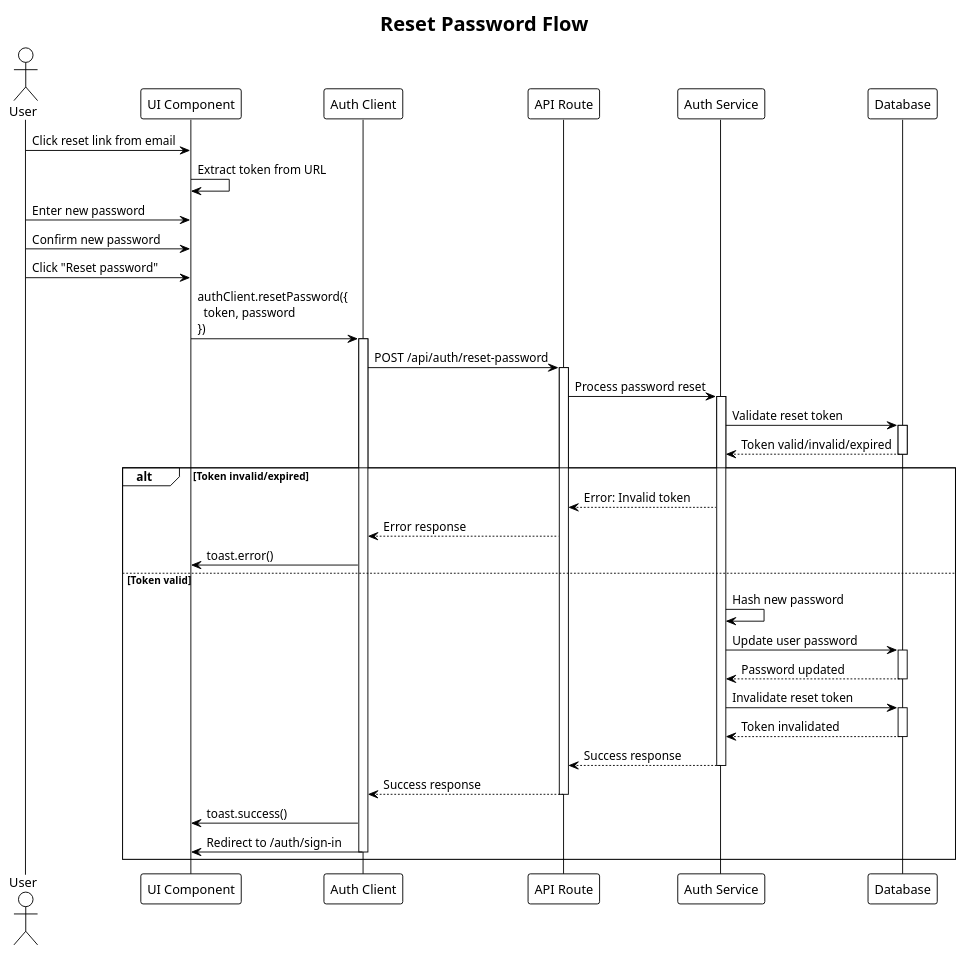
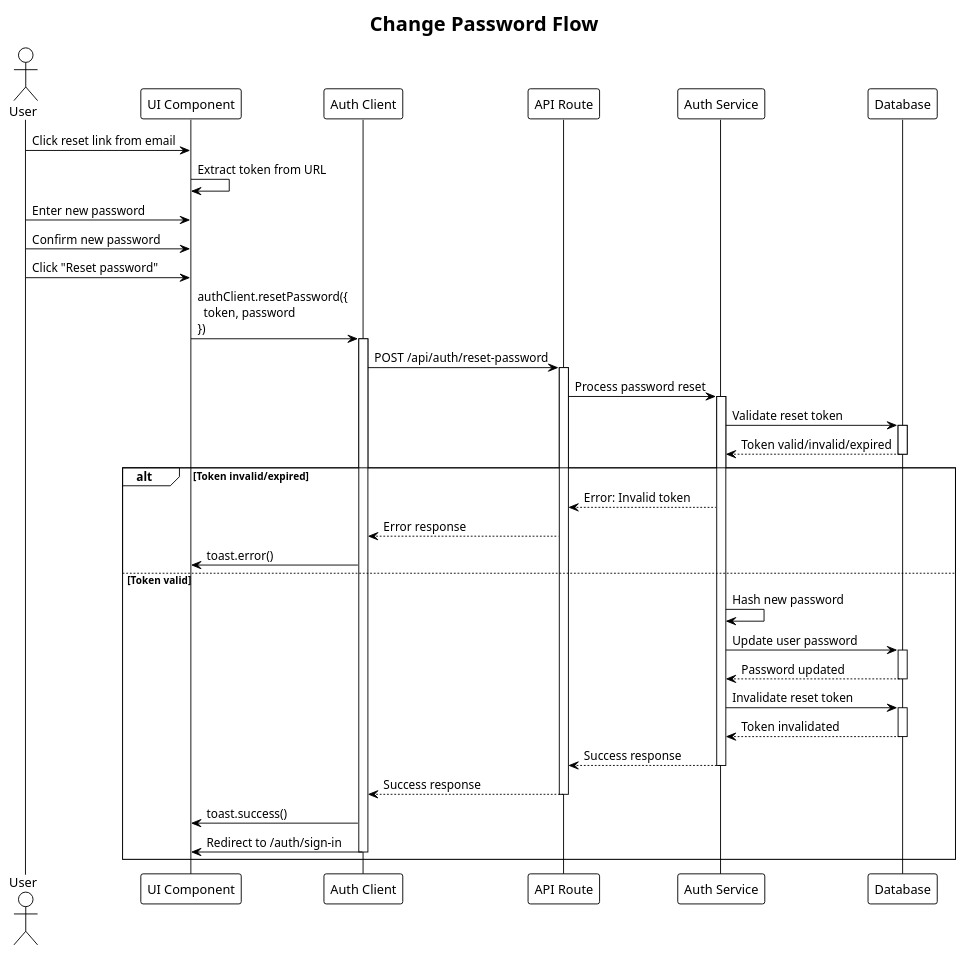
Before and after one commit to VieTicket/vieticket-monorepo: the sixth of 8 diagrams in puml/auth.puml, drawn with PlantUML. The commit also changed 8 other files, not shown here.

```diff
--- a/puml/auth.puml
+++ b/puml/auth.puml
@@ -316,60 +316,60 @@
-@startuml reset-password
+@startuml change-password
 !theme plain
-title Reset Password Flow
+title Change Password Flow
 
 actor User
 participant "UI Component" as UI
 participant "Auth Client" as Client
 participant "API Route" as API
 participant "Auth Service" as Auth
 participant "Database" as DB
 
 User -> UI: Click reset link from email
 UI -> UI: Extract token from URL
 
 User -> UI: Enter new password
 User -> UI: Confirm new password
 User -> UI: Click "Reset password"
 
 UI -> Client: authClient.resetPassword({\n  token, password\n})
 activate Client
 
 Client -> API: POST /api/auth/reset-password
 activate API
 
 API -> Auth: Process password reset
 activate Auth
 
 Auth -> DB: Validate reset token
 activate DB
 DB --> Auth: Token valid/invalid/expired
 deactivate DB
 
 alt Token invalid/expired
     Auth --> API: Error: Invalid token
     API --> Client: Error response
     Client -> UI: toast.error()
 else Token valid
     Auth -> Auth: Hash new password
     Auth -> DB: Update user password
     activate DB
     DB --> Auth: Password updated
     deactivate DB
     
     Auth -> DB: Invalidate reset token
     activate DB
     DB --> Auth: Token invalidated
     deactivate DB
     
     Auth --> API: Success response
     deactivate Auth
     
     API --> Client: Success response
     deactivate API
     
     Client -> UI: toast.success()
     Client -> UI: Redirect to /auth/sign-in
     deactivate Client
 end
 
 @enduml
```
